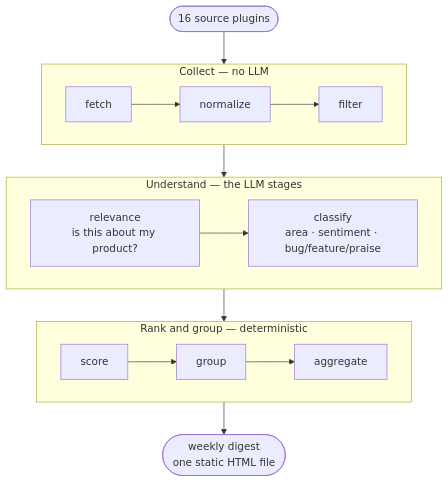
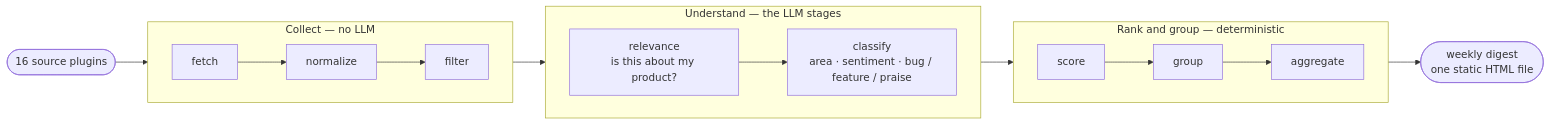
The diagram in README.md (ngera/ProductMonitor), drawn with Mermaid before and after one commit. The commit also changed other lines of this file and 7 other files, not shown here.

````diff
--- a/README.md
+++ b/README.md
@@ -111,26 +111,23 @@
 ```mermaid
-flowchart TB
-  SRC([16 source plugins])
+flowchart LR
+  SRC(["16 source plugins"])
 
   subgraph COLLECT["Collect — no LLM"]
     direction LR
     F[fetch] --> N[normalize] --> FI[filter]
   end
 
   subgraph UNDERSTAND["Understand — the LLM stages"]
     direction LR
-    R[relevance<br/>is this about my product?] --> C[classify<br/>area · sentiment · bug/feature/praise]
+    R["relevance<br/>is this about my product?"] --> C["classify<br/>area · sentiment · bug / feature / praise"]
   end
 
   subgraph RANK["Rank and group — deterministic"]
     direction LR
     S[score] --> G[group] --> A[aggregate]
   end
 
-  OUT([weekly digest<br/>one static HTML file])
+  OUT(["weekly digest<br/>one static HTML file"])
 
-  SRC --> COLLECT
-  COLLECT --> UNDERSTAND
-  UNDERSTAND --> RANK
-  RANK --> OUT
+  SRC --> COLLECT --> UNDERSTAND --> RANK --> OUT
 ```
````
